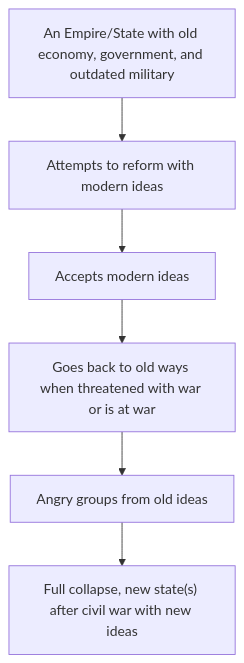
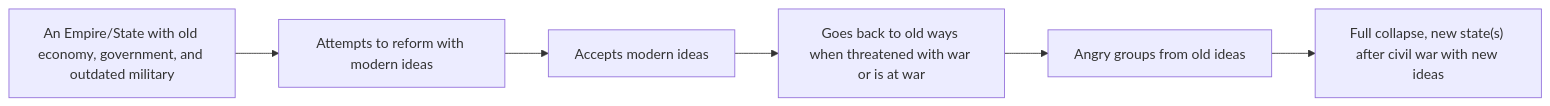
The diagram in src/content/notes/AP World History/Unit 7 - Global Conflicts/Unit 7.1 - Shifting Power.md (Cyborgnetical/cyborgnetical.github.io), drawn with Mermaid before and after one commit. The commit also changed other lines of this file and 23 other files, not shown here.

````diff
--- a/src/content/notes/AP World History/Unit 7 - Global Conflicts/Unit 7.1 - Shifting Power.md
+++ b/src/content/notes/AP World History/Unit 7 - Global Conflicts/Unit 7.1 - Shifting Power.md
@@ -9,9 +10,9 @@
 ```mermaid
-graph TD;
+graph LR;
     WeakEmpire["An Empire/State with old economy, government, and outdated military"]--> Reforms["Attempts to reform with modern ideas"];
     Reforms --> InitalAcceptance["Accepts modern ideas"];
     InitalAcceptance --> Collapsing["Goes back to old ways when threatened with war or is at war"];
     Collapsing --> Angry["Angry groups from old ideas"]
     Angry --> Collapse["Full collapse, new state(s) after civil war with new ideas"]
 
 ```
````
